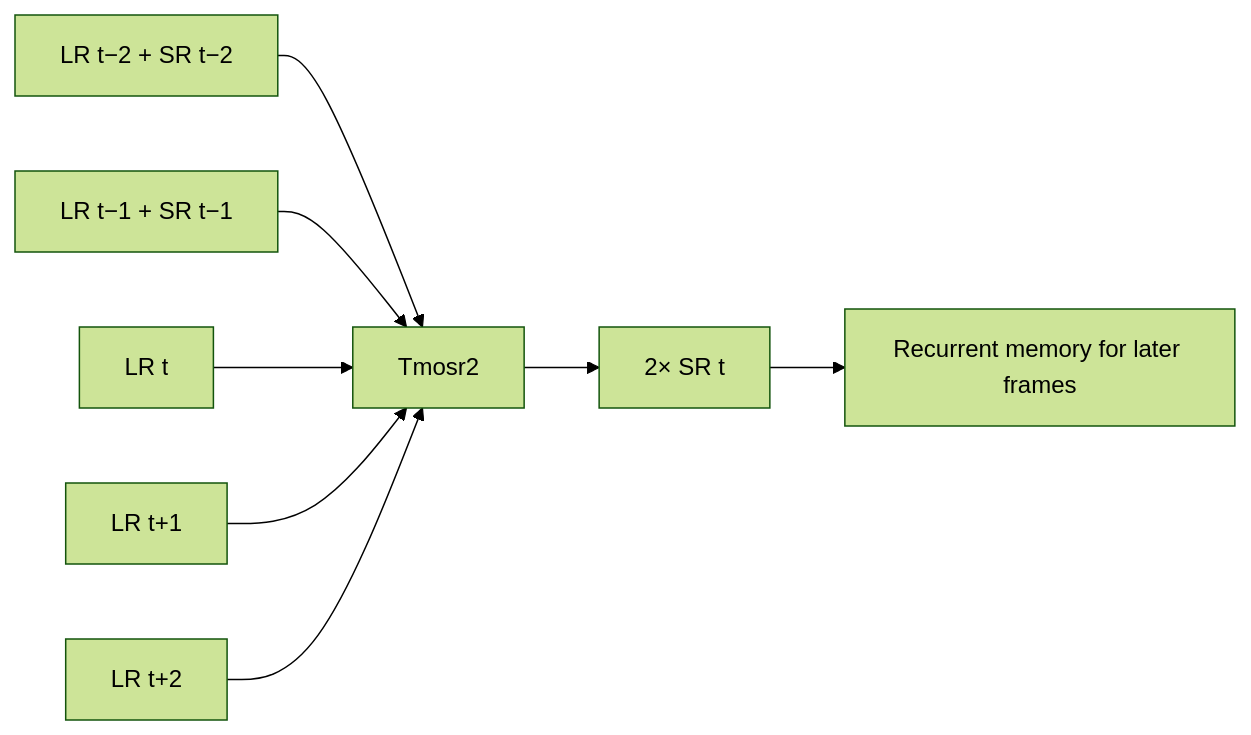
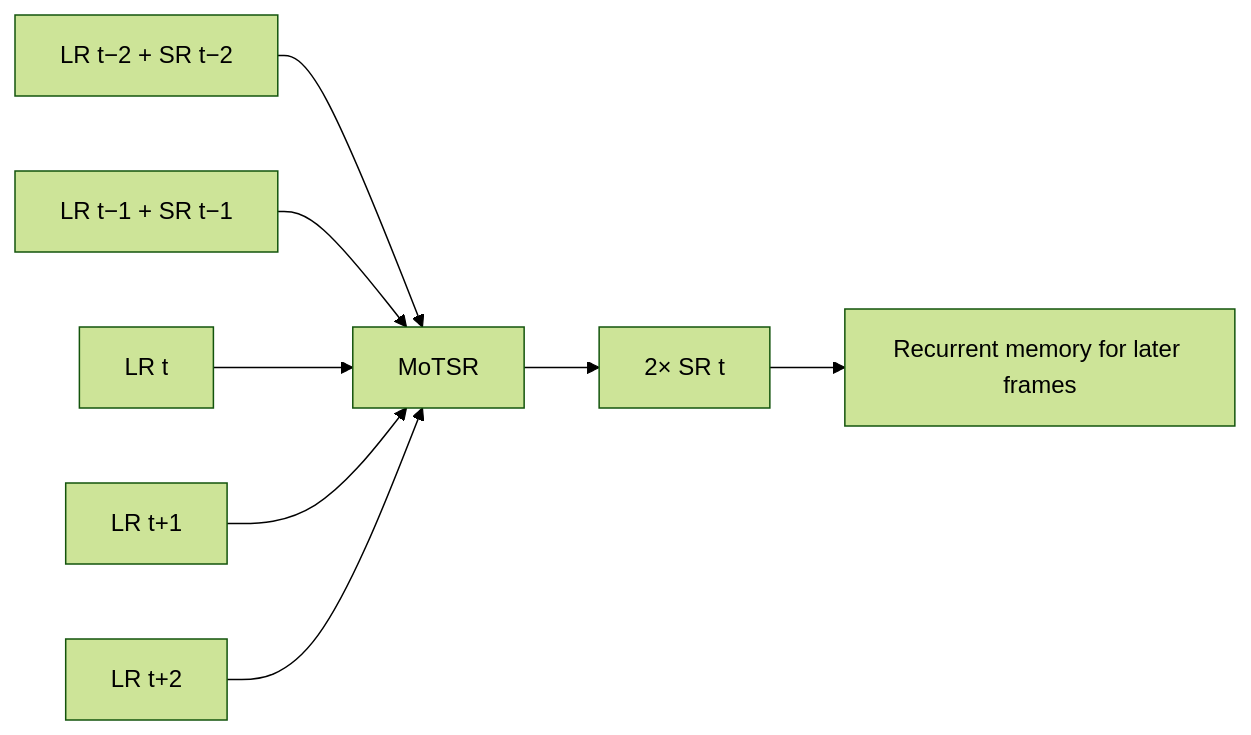
Before and after one commit to XYETHER/MoTSR: the diagram in README.md, drawn with Mermaid (forest theme). The commit also changed other lines of this file and 9 other files, not shown here.

````diff
--- a/README.md
+++ b/README.md
@@ -69,10 +69,10 @@
 ```mermaid
 flowchart LR
-    A["LR t−2 + SR t−2"] --> M[Tmosr2]
+    A["LR t−2 + SR t−2"] --> M[MoTSR]
     B["LR t−1 + SR t−1"] --> M
     C["LR t"] --> M
     D["LR t+1"] --> M
     E["LR t+2"] --> M
     M --> O["2× SR t"]
     O --> R[Recurrent memory for later frames]
 ```
````
